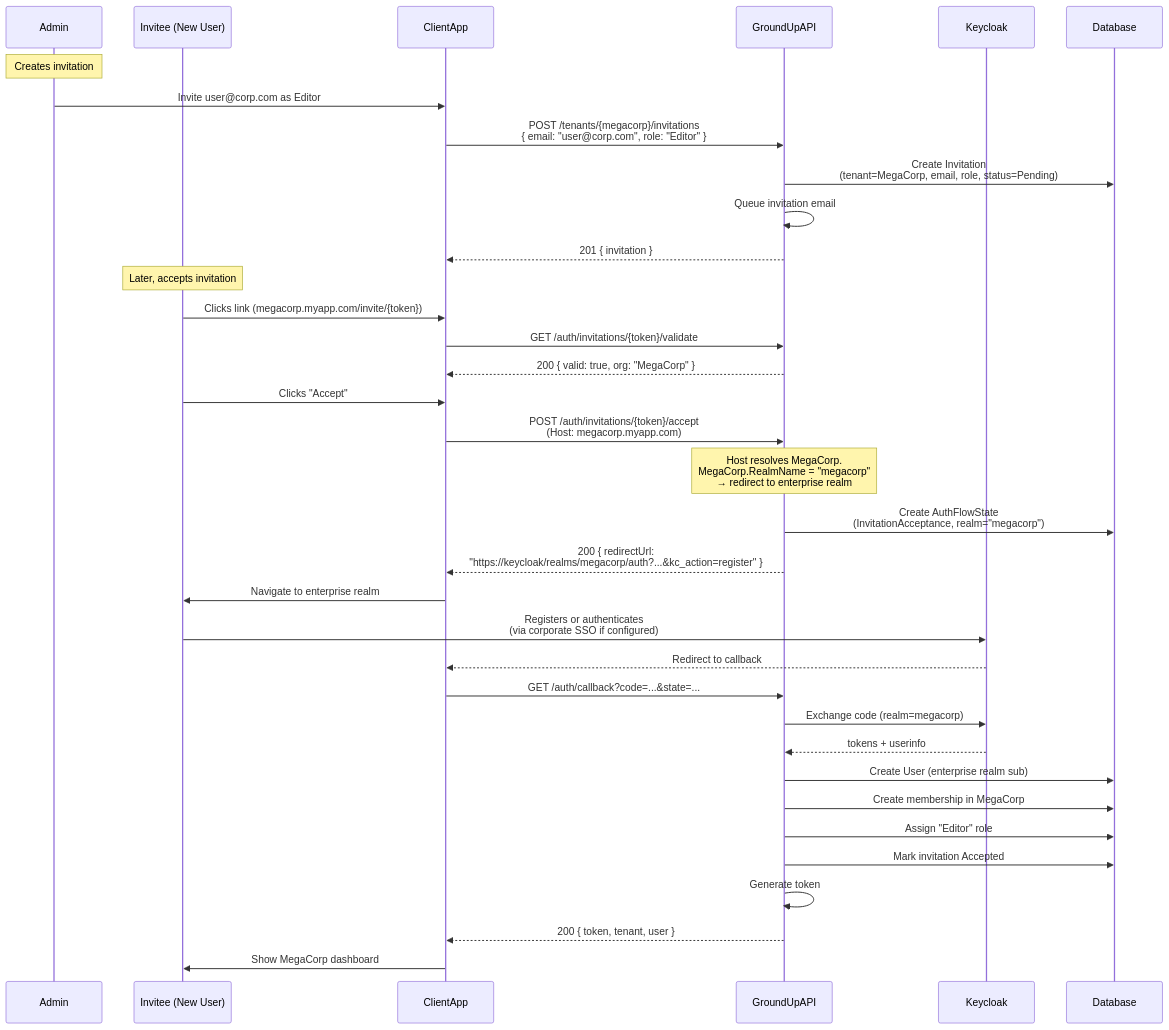
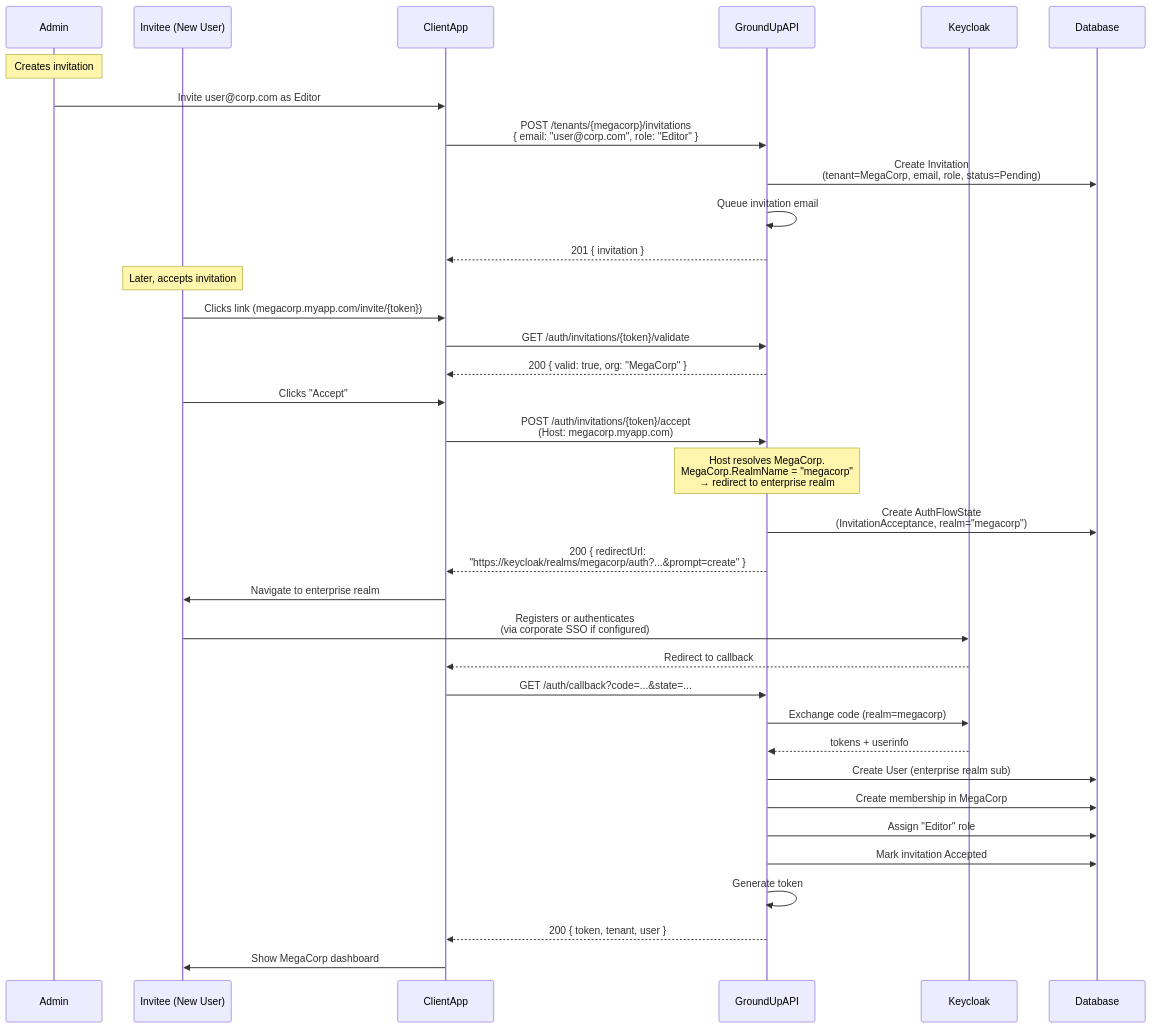
Diagram 19 of 23 in .kiro/specs/phase-10-cleanup/auth-flows-design.md (rsbst23/groundup), drawn with Mermaid before and after one commit. The commit also changed other lines of this file and 7 other files, not shown here.

````diff
--- a/.kiro/specs/phase-10-cleanup/auth-flows-design.md
+++ b/.kiro/specs/phase-10-cleanup/auth-flows-design.md
@@ -944,39 +946,39 @@
 ```mermaid
 sequenceDiagram
     participant Admin
     participant Invitee as Invitee (New User)
     participant ClientApp
     participant GroundUpAPI
     participant Keycloak
     participant Database
 
     Note over Admin: Creates invitation
     Admin->>ClientApp: Invite user@corp.com as Editor
     ClientApp->>GroundUpAPI: POST /tenants/{megacorp}/invitations<br/>{ email: "user@corp.com", role: "Editor" }
     GroundUpAPI->>Database: Create Invitation<br/>(tenant=MegaCorp, email, role, status=Pending)
     GroundUpAPI->>GroundUpAPI: Queue invitation email
     GroundUpAPI-->>ClientApp: 201 { invitation }
 
     Note over Invitee: Later, accepts invitation
     Invitee->>ClientApp: Clicks link (megacorp.myapp.com/invite/{token})
     ClientApp->>GroundUpAPI: GET /auth/invitations/{token}/validate
     GroundUpAPI-->>ClientApp: 200 { valid: true, org: "MegaCorp" }
     Invitee->>ClientApp: Clicks "Accept"
     ClientApp->>GroundUpAPI: POST /auth/invitations/{token}/accept<br/>(Host: megacorp.myapp.com)
     Note over GroundUpAPI: Host resolves MegaCorp.<br/>MegaCorp.RealmName = "megacorp"<br/>→ redirect to enterprise realm
     GroundUpAPI->>Database: Create AuthFlowState<br/>(InvitationAcceptance, realm="megacorp")
-    GroundUpAPI-->>ClientApp: 200 { redirectUrl:<br/>"https://keycloak/realms/megacorp/auth?...&kc_action=register" }
+    GroundUpAPI-->>ClientApp: 200 { redirectUrl:<br/>"https://keycloak/realms/megacorp/auth?...&prompt=create" }
     ClientApp->>Invitee: Navigate to enterprise realm
     Invitee->>Keycloak: Registers or authenticates<br/>(via corporate SSO if configured)
     Keycloak-->>ClientApp: Redirect to callback
     ClientApp->>GroundUpAPI: GET /auth/callback?code=...&state=...
     GroundUpAPI->>Keycloak: Exchange code (realm=megacorp)
     Keycloak-->>GroundUpAPI: tokens + userinfo
     GroundUpAPI->>Database: Create User (enterprise realm sub)
     GroundUpAPI->>Database: Create membership in MegaCorp
     GroundUpAPI->>Database: Assign "Editor" role
     GroundUpAPI->>Database: Mark invitation Accepted
     GroundUpAPI->>GroundUpAPI: Generate token
     GroundUpAPI-->>ClientApp: 200 { token, tenant, user }
     ClientApp->>Invitee: Show MegaCorp dashboard
 ```
````
